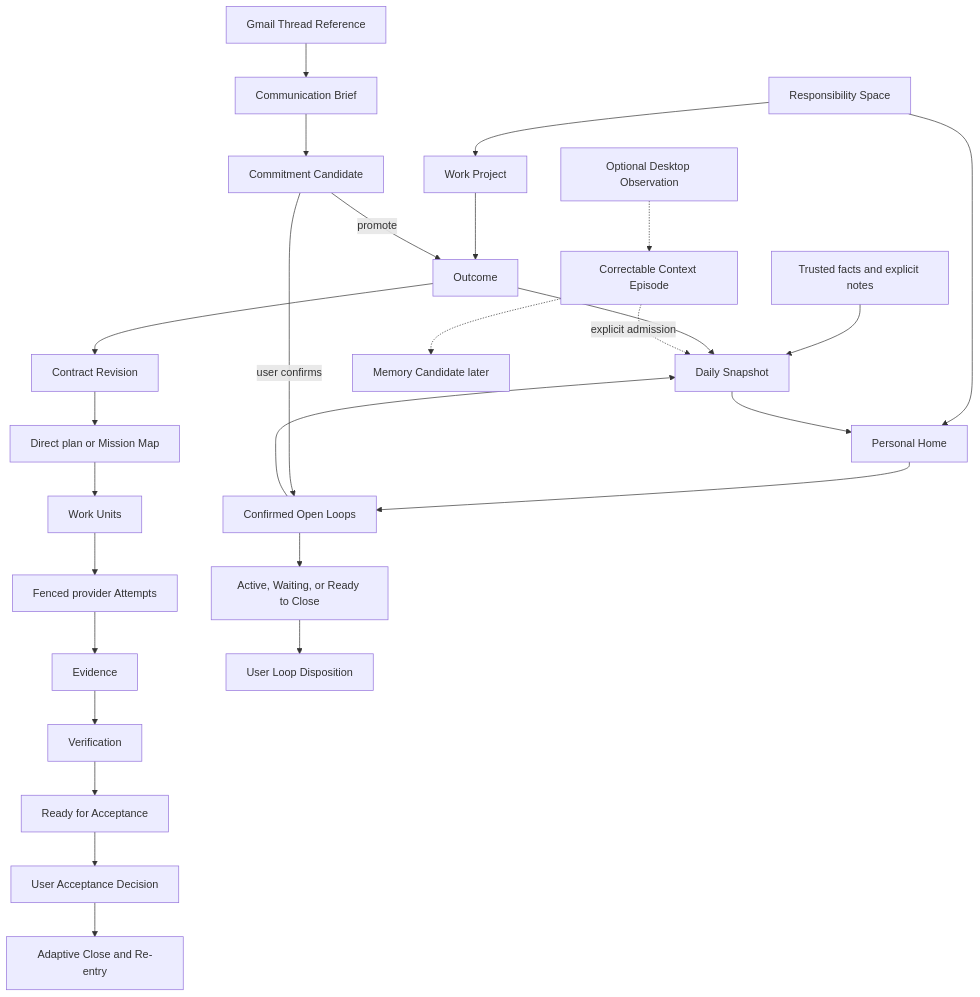
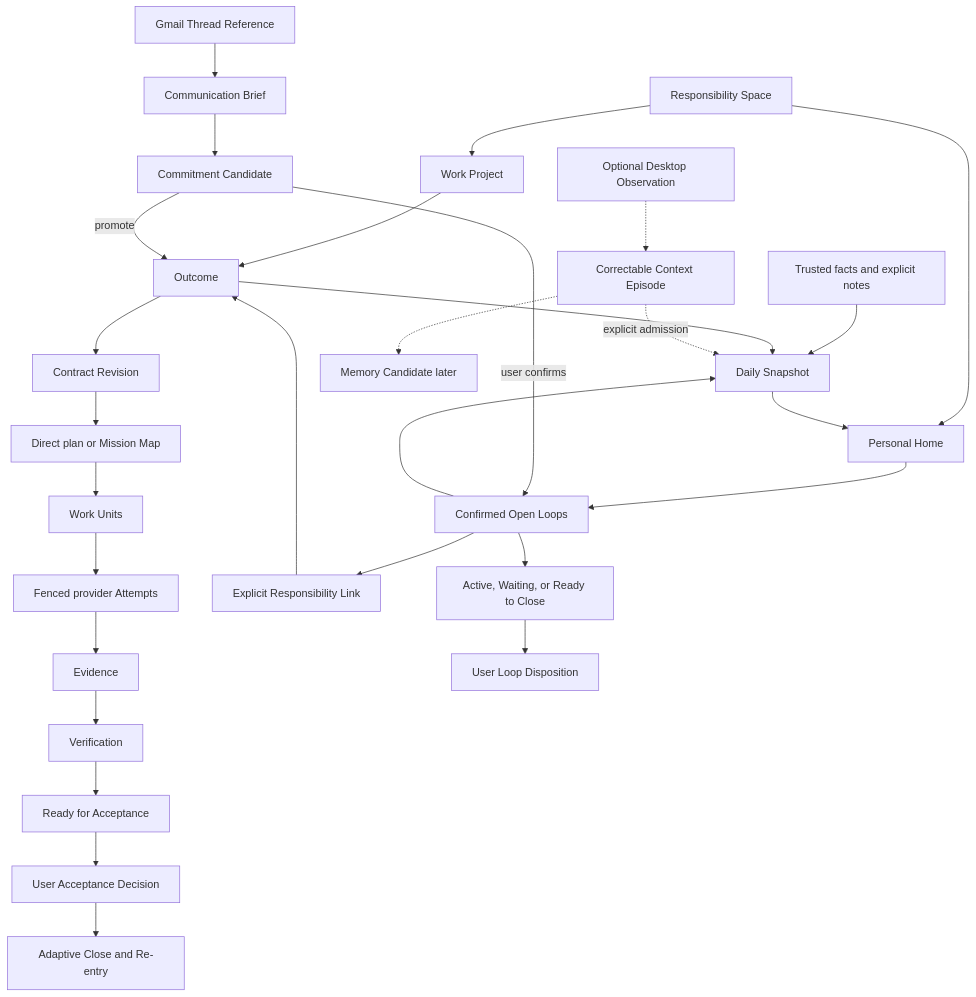
One commit to Pin4sf/Waldo-Kennel changed the first of 2 diagrams in docs/product/kennel-v1-team-review-packet.md. Above: the diagram before and after it, drawn with Mermaid. The commit also changed other lines of this file and 4 other files, not shown here.

````diff
--- a/docs/product/kennel-v1-team-review-packet.md
+++ b/docs/product/kennel-v1-team-review-packet.md
@@ -127,33 +128,35 @@
 ```mermaid
 flowchart TD
   S["Responsibility Space"] --> P["Work Project"]
   S --> H["Personal Home"]
 
   P --> O["Outcome"]
   O --> C["Contract Revision"]
   C --> M["Direct plan or Mission Map"]
   M --> W["Work Units"]
   W --> A["Fenced provider Attempts"]
   A --> E["Evidence"]
   E --> V["Verification"]
   V --> RA["Ready for Acceptance"]
   RA --> AD["User Acceptance Decision"]
   AD --> AC["Adaptive Close and Re-entry"]
 
   H --> OL["Confirmed Open Loops"]
+  OL --> RL["Explicit Responsibility Link"]
+  RL --> O
   G["Gmail Thread Reference"] --> CB["Communication Brief"]
   CB --> CC["Commitment Candidate"]
   CC -->|"user confirms"| OL
   CC -->|"promote"| O
   OL --> WA["Active, Waiting, or Ready to Close"]
   WA --> LD["User Loop Disposition"]
 
   TF["Trusted facts and explicit notes"] --> DS["Daily Snapshot"]
   OL --> DS
   O --> DS
   DS --> H
 
   DO["Optional Desktop Observation"] -.-> CE["Correctable Context Episode"]
   CE -.->|"explicit admission"| DS
   CE -.-> MC["Memory Candidate later"]
 ```
````
